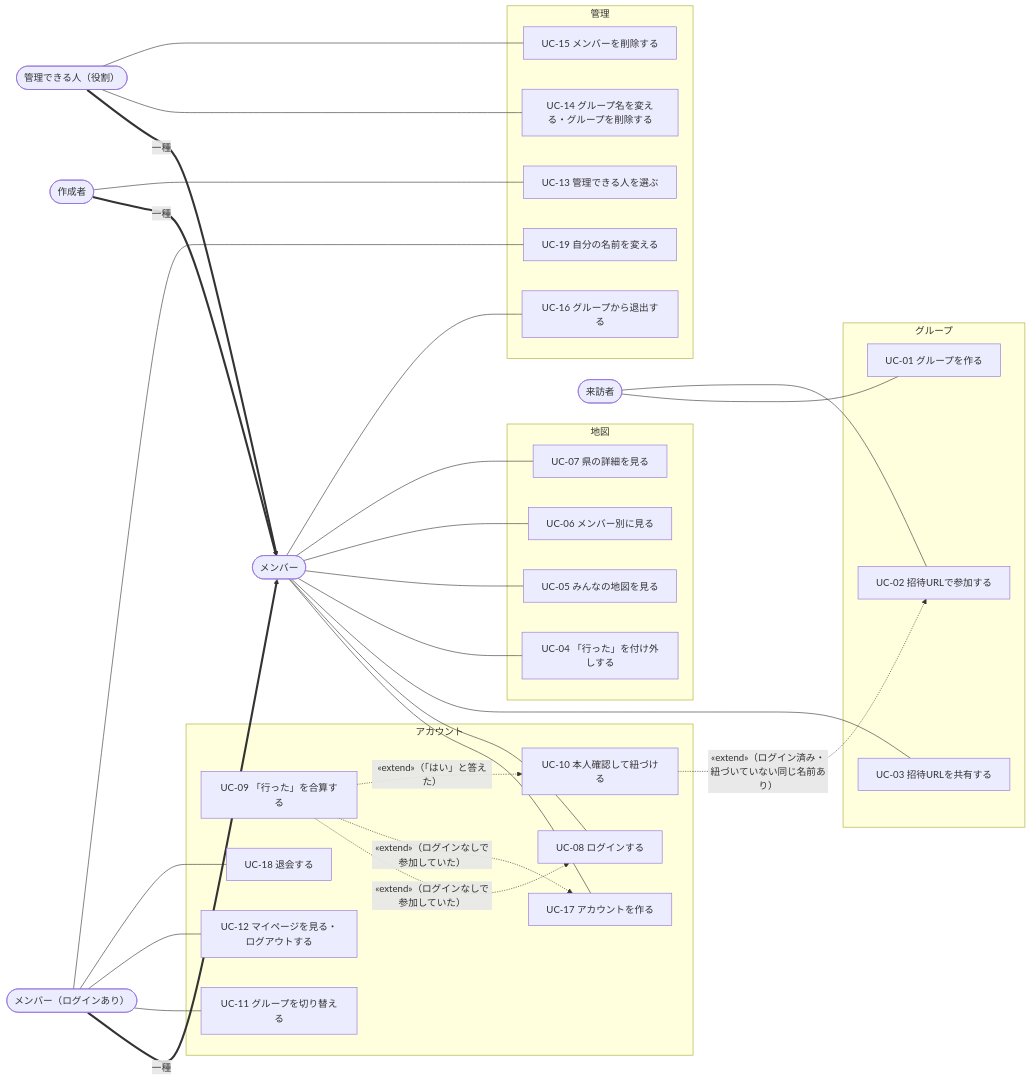
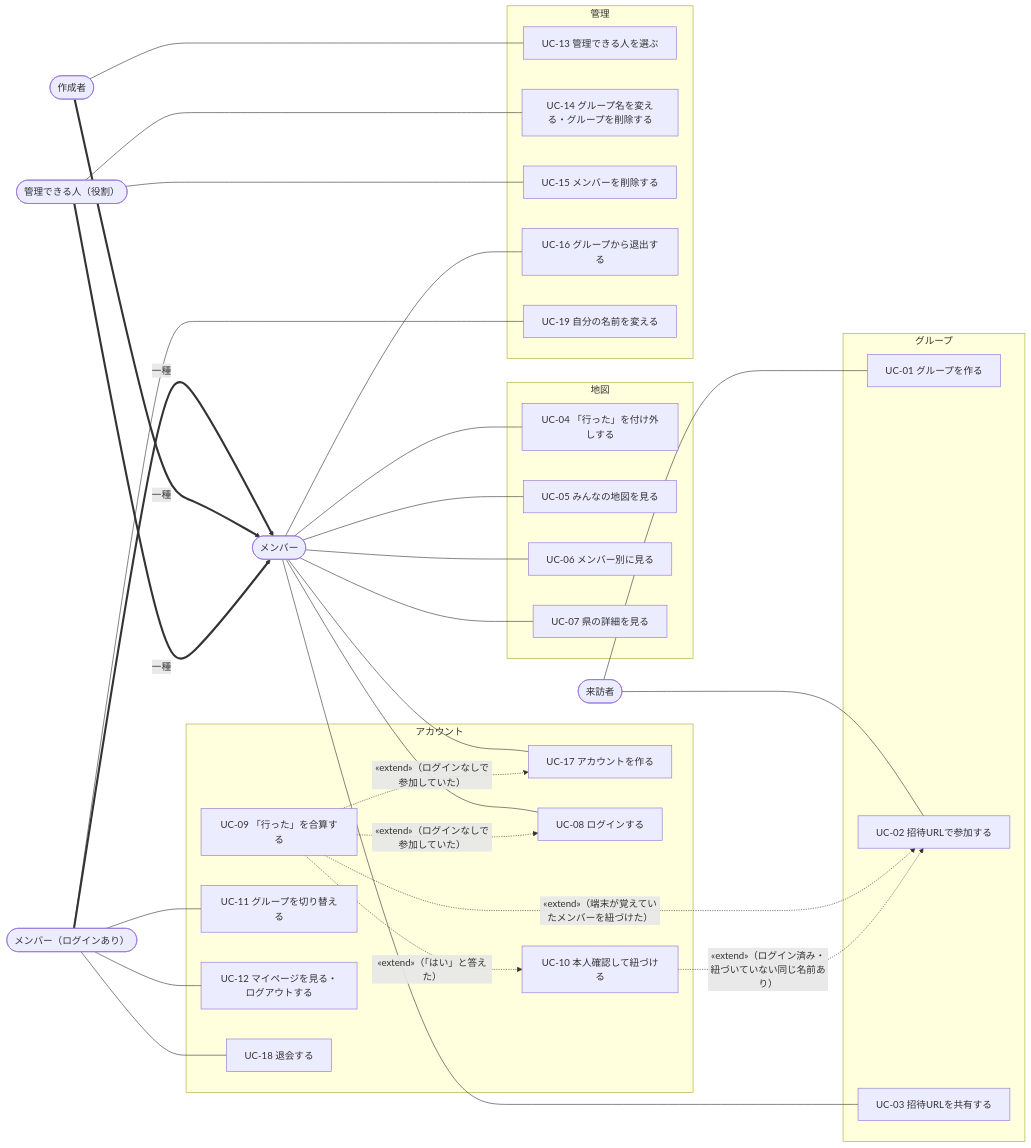
Before and after one commit to yuppy52/tabikaigi-map: the diagram in docs/use-cases.md, drawn with Mermaid. The commit also changed other lines of this file and 2 other files, not shown here.

````diff
--- a/docs/use-cases.md
+++ b/docs/use-cases.md
@@ -21,62 +21,63 @@
 ```mermaid
 flowchart LR
   Visitor(["来訪者"])
   Member(["メンバー"])
   Login(["メンバー（ログインあり）"])
   Owner(["作成者"])
   Admin(["管理できる人（役割）"])
 
   Login == "一種" ==> Member
   Owner == "一種" ==> Member
   Admin == "一種" ==> Member
 
   subgraph G["グループ"]
     UC01["UC-01 グループを作る"]
     UC02["UC-02 招待URLで参加する"]
     UC03["UC-03 招待URLを共有する"]
   end
   subgraph M["地図"]
     UC04["UC-04 「行った」を付け外しする"]
     UC05["UC-05 みんなの地図を見る"]
     UC06["UC-06 メンバー別に見る"]
     UC07["UC-07 県の詳細を見る"]
   end
   subgraph A["アカウント"]
     UC17["UC-17 アカウントを作る"]
     UC08["UC-08 ログインする"]
     UC09["UC-09 「行った」を合算する"]
     UC10["UC-10 本人確認して紐づける"]
     UC11["UC-11 グループを切り替える"]
     UC12["UC-12 マイページを見る・ログアウトする"]
     UC18["UC-18 退会する"]
   end
   subgraph S["管理"]
     UC13["UC-13 管理できる人を選ぶ"]
     UC14["UC-14 グループ名を変える・グループを削除する"]
     UC15["UC-15 メンバーを削除する"]
     UC16["UC-16 グループから退出する"]
     UC19["UC-19 自分の名前を変える"]
   end
 
   Visitor --- UC01
   Visitor --- UC02
   Member --- UC03
   Member --- UC04
   Member --- UC05
   Member --- UC06
   Member --- UC07
   Member --- UC17
   Member --- UC08
   Member --- UC16
   Login --- UC11
   Login --- UC12
   Login --- UC18
   Login --- UC19
   Owner --- UC13
   Admin --- UC14
   Admin --- UC15
   UC09 -. "«extend»（ログインなしで参加していた）" .-> UC08
   UC09 -. "«extend»（ログインなしで参加していた）" .-> UC17
   UC09 -. "«extend»（「はい」と答えた）" .-> UC10
+  UC09 -. "«extend»（端末が覚えていたメンバーを紐づけた）" .-> UC02
   UC10 -. "«extend»（ログイン済み・紐づいていない同じ名前あり）" .-> UC02
 ```
````
